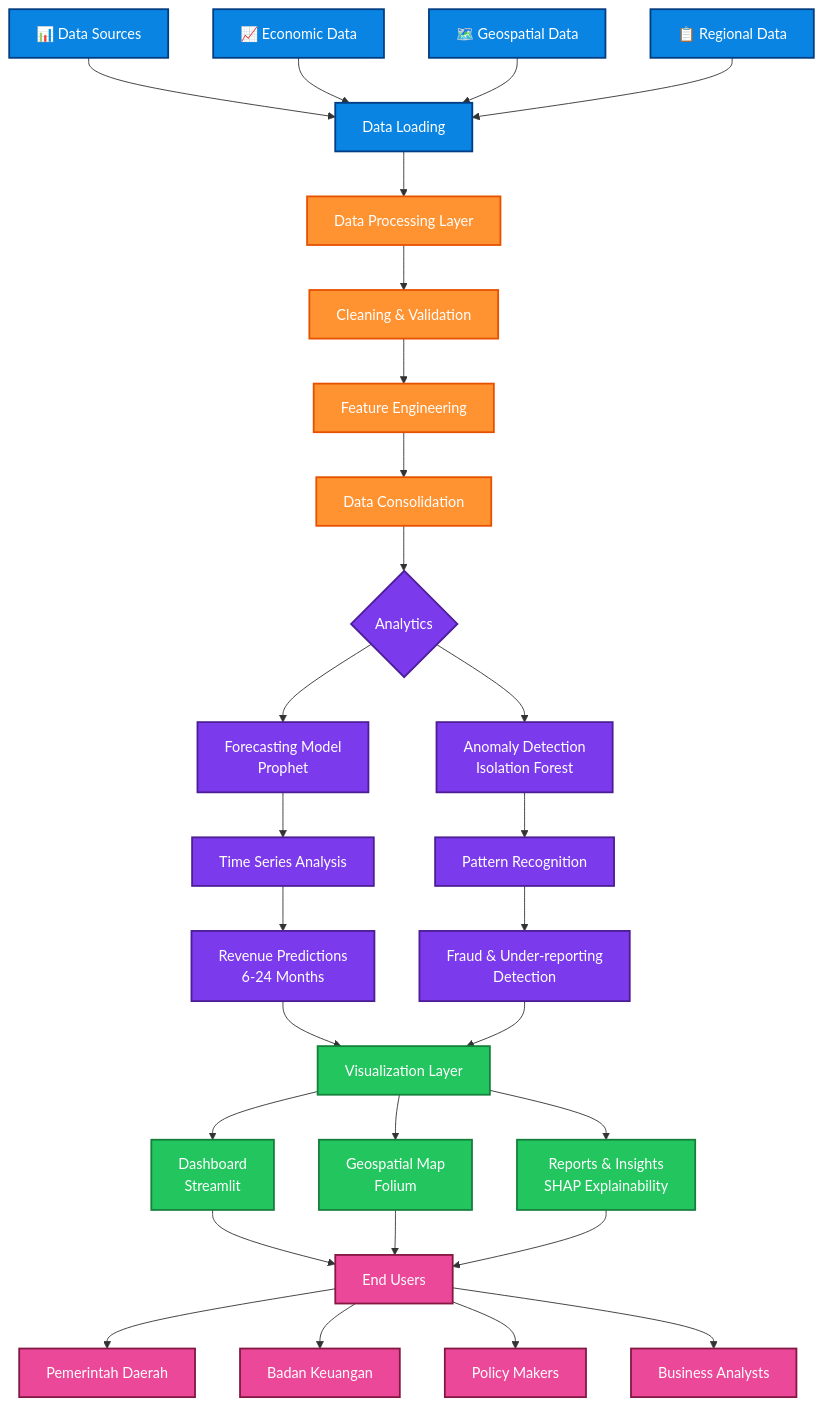
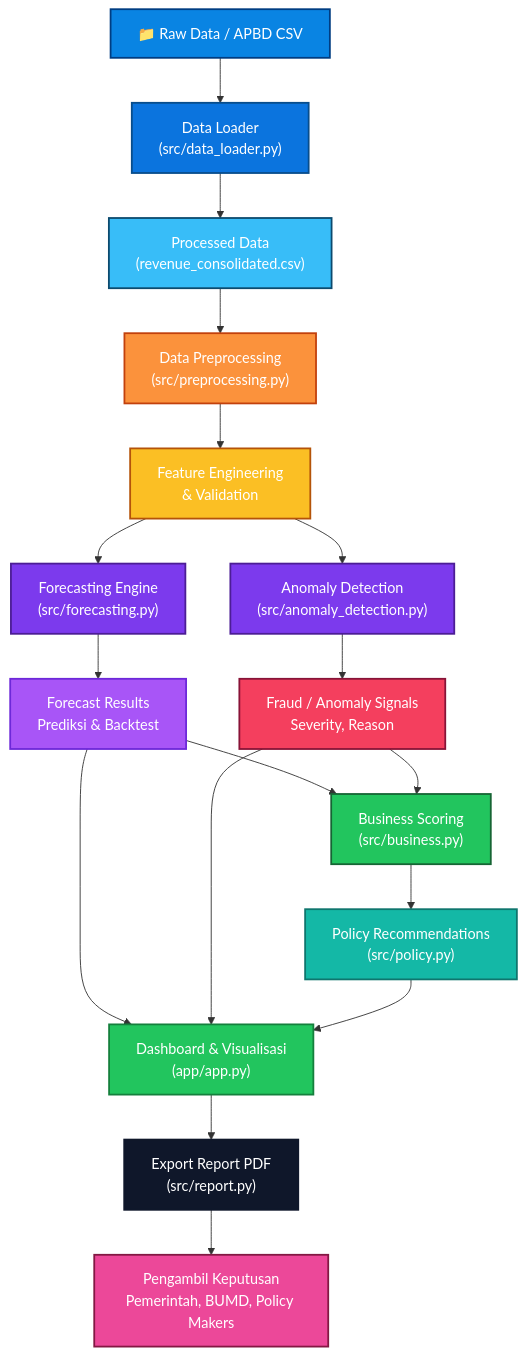
Before and after one commit to KwikAndreas/revdadas: the diagram in README.MD, drawn with Mermaid. The commit also changed other lines of this file, not shown here.

Commit message:
update readme arsitektur sistem

````diff
--- a/README.MD
+++ b/README.MD
@@ -54,65 +54,39 @@
 ```mermaid
 graph TD
-    A["📊 Data Sources"] --> B["Data Loading"]
-    C["📈 Economic Data"] --> B
-    D["🗺️ Geospatial Data"] --> B
-    E["📋 Regional Data"] --> B
+    A["📁 Raw Data / APBD CSV"] --> B["Data Loader\n(src/data_loader.py)"]
+    B --> C["Processed Data\n(revenue_consolidated.csv)"]
+    C --> D["Data Preprocessing\n(src/preprocessing.py)"]
+    D --> E["Feature Engineering\n& Validation"]
 
-    B --> F["Data Processing Layer"]
-    F --> G["Cleaning & Validation"]
-    G --> H["Feature Engineering"]
-    H --> I["Data Consolidation"]
+    E --> F["Forecasting Engine\n(src/forecasting.py)"]
+    E --> G["Anomaly Detection\n(src/anomaly_detection.py)"]
 
-    I --> J{Analytics}
+    F --> H["Forecast Results\nPrediksi & Backtest"]
+    G --> I["Fraud / Anomaly Signals\nSeverity, Reason"]
 
-    J --> K["Forecasting Model<br/>Prophet"]
-    J --> L["Anomaly Detection<br/>Isolation Forest"]
+    H --> J["Business Scoring\n(src/business.py)"]
+    I --> J
+    J --> K["Policy Recommendations\n(src/policy.py)"]
 
-    K --> M["Time Series Analysis"]
-    M --> N["Revenue Predictions<br/>6-24 Months"]
+    H --> L["Dashboard & Visualisasi\n(app/app.py)"]
+    I --> L
+    K --> L
+    L --> M["Export Report PDF\n(src/report.py)"]
 
-    L --> O["Pattern Recognition"]
-    O --> P["Fraud & Under-reporting<br/>Detection"]
-
-    N --> Q["Visualization Layer"]
-    P --> Q
-
-    Q --> R["Dashboard<br/>Streamlit"]
-    Q --> S["Geospatial Map<br/>Folium"]
-    Q --> T["Reports & Insights<br/>SHAP Explainability"]
-
-    R --> U["End Users"]
-    S --> U
-    T --> U
-
-    U --> V["Pemerintah Daerah"]
-    U --> W["Badan Keuangan"]
-    U --> X["Policy Makers"]
-    U --> Y["Business Analysts"]
+    M --> N["Pengambil Keputusan\nPemerintah, BUMD, Policy Makers"]
 
     style A fill:#0984e3,stroke:#003d82,stroke-width:2px,color:#fff
-    style B fill:#0984e3,stroke:#003d82,stroke-width:2px,color:#fff
-    style C fill:#0984e3,stroke:#003d82,stroke-width:2px,color:#fff
-    style D fill:#0984e3,stroke:#003d82,stroke-width:2px,color:#fff
-    style E fill:#0984e3,stroke:#003d82,stroke-width:2px,color:#fff
-    style F fill:#ff9231,stroke:#e65100,stroke-width:2px,color:#fff
-    style G fill:#ff9231,stroke:#e65100,stroke-width:2px,color:#fff
-    style H fill:#ff9231,stroke:#e65100,stroke-width:2px,color:#fff
-    style I fill:#ff9231,stroke:#e65100,stroke-width:2px,color:#fff
-    style J fill:#7c3aed,stroke:#4c1d95,stroke-width:2px,color:#fff
-    style K fill:#7c3aed,stroke:#4c1d95,stroke-width:2px,color:#fff
-    style L fill:#7c3aed,stroke:#4c1d95,stroke-width:2px,color:#fff
-    style M fill:#7c3aed,stroke:#4c1d95,stroke-width:2px,color:#fff
-    style N fill:#7c3aed,stroke:#4c1d95,stroke-width:2px,color:#fff
-    style O fill:#7c3aed,stroke:#4c1d95,stroke-width:2px,color:#fff
-    style P fill:#7c3aed,stroke:#4c1d95,stroke-width:2px,color:#fff
-    style Q fill:#22c55e,stroke:#15803d,stroke-width:2px,color:#fff
-    style R fill:#22c55e,stroke:#15803d,stroke-width:2px,color:#fff
-    style S fill:#22c55e,stroke:#15803d,stroke-width:2px,color:#fff
-    style T fill:#22c55e,stroke:#15803d,stroke-width:2px,color:#fff
-    style U fill:#ec4899,stroke:#831843,stroke-width:2px,color:#fff
-    style V fill:#ec4899,stroke:#831843,stroke-width:2px,color:#fff
-    style W fill:#ec4899,stroke:#831843,stroke-width:2px,color:#fff
-    style X fill:#ec4899,stroke:#831843,stroke-width:2px,color:#fff
-    style Y fill:#ec4899,stroke:#831843,stroke-width:2px,color:#fff
+    style B fill:#0b74de,stroke:#084d8c,stroke-width:2px,color:#fff
+    style C fill:#38bdf8,stroke:#0c4a6e,stroke-width:2px,color:#fff
+    style D fill:#fb923c,stroke:#c2410c,stroke-width:2px,color:#fff
+    style E fill:#fbbf24,stroke:#b45309,stroke-width:2px,color:#fff
+    style F fill:#7c3aed,stroke:#4c1d95,stroke-width:2px,color:#fff
+    style G fill:#7c3aed,stroke:#4c1d95,stroke-width:2px,color:#fff
+    style H fill:#a855f7,stroke:#6d28d9,stroke-width:2px,color:#fff
+    style I fill:#f43f5e,stroke:#881337,stroke-width:2px,color:#fff
+    style J fill:#22c55e,stroke:#166534,stroke-width:2px,color:#fff
+    style K fill:#14b8a6,stroke:#0f766e,stroke-width:2px,color:#fff
+    style L fill:#22c55e,stroke:#15803d,stroke-width:2px,color:#fff
+    style M fill:#0f172a,stroke:#0f172a,stroke-width:2px,color:#fff
+    style N fill:#ec4899,stroke:#831843,stroke-width:2px,color:#fff
 ```
````
